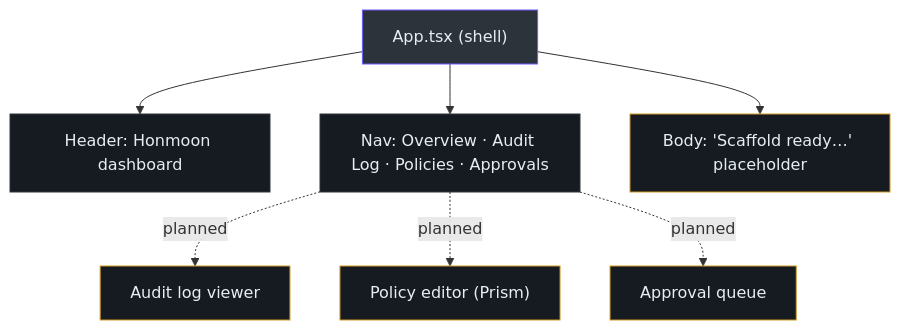
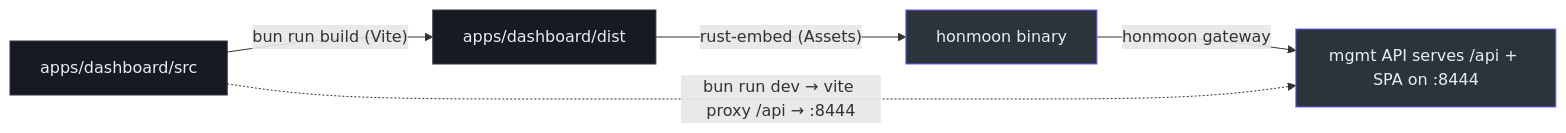
The second of 3 diagrams in wiki/deep-dive/control-plane.md (pleaseai/honmoon), drawn with Mermaid before and after one commit. The commit also changed other lines of this file and 19 other files, not shown here.

Commit message:
docs(wiki): refresh for Phase 4 (pause approval, audit log, dashboard, honmoon-mgmt)

````diff
--- a/wiki/deep-dive/control-plane.md
+++ b/wiki/deep-dive/control-plane.md
@@ -115,16 +84,11 @@
 ```mermaid
-flowchart TB
-  app["App.tsx (shell)"] --> header["Header: Honmoon dashboard"]
-  app --> nav["Nav: Overview · Audit Log · Policies · Approvals"]
-  app --> body["Body: 'Scaffold ready…' placeholder"]
-  nav -. "planned" .-> audit["Audit log viewer"]
-  nav -. "planned" .-> editor["Policy editor (Prism)"]
-  nav -. "planned" .-> queue["Approval queue"]
-  style app fill:#2d333b,stroke:#6d5dfc,color:#e6edf3
-  style header fill:#161b22,stroke:#30363d,color:#e6edf3
-  style nav fill:#161b22,stroke:#30363d,color:#e6edf3
-  style body fill:#161b22,stroke:#d29922,color:#e6edf3
-  style audit fill:#161b22,stroke:#d29922,color:#e6edf3
-  style editor fill:#161b22,stroke:#d29922,color:#e6edf3
-  style queue fill:#161b22,stroke:#d29922,color:#e6edf3
+flowchart LR
+  src["apps/dashboard/src"] -->|"bun run build (Vite)"| dist["apps/dashboard/dist"]
+  dist -->|"rust-embed (Assets)"| bin["honmoon binary"]
+  bin -->|"honmoon gateway"| serve["mgmt API serves /api + SPA on :8444"]
+  src -. "bun run dev → vite proxy /api → :8444" .-> serve
+  style src fill:#161b22,stroke:#30363d,color:#e6edf3
+  style dist fill:#161b22,stroke:#30363d,color:#e6edf3
+  style bin fill:#2d333b,stroke:#6d5dfc,color:#e6edf3
+  style serve fill:#2d333b,stroke:#6d5dfc,color:#e6edf3
 ```
````
